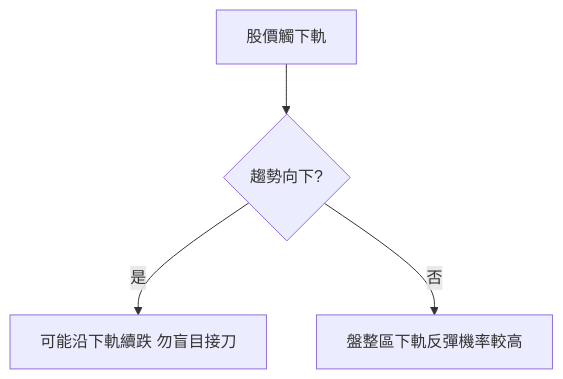
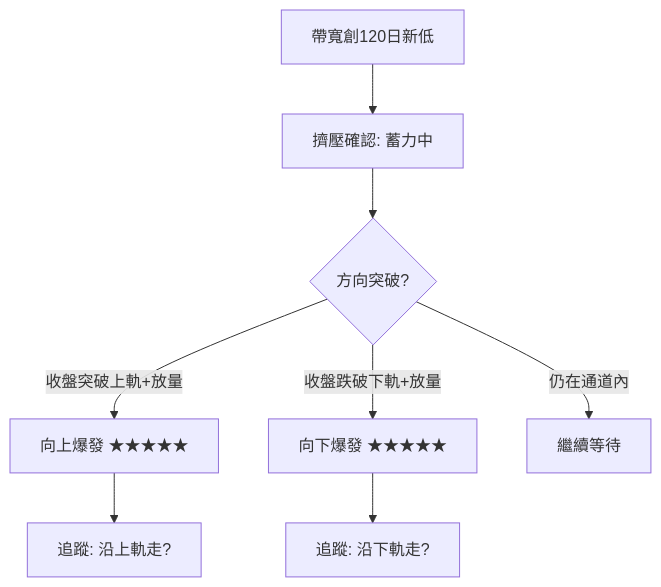
The first of 2 diagrams in docs/04-charts/bollinger.md (skymiku39/stock_school), drawn with Mermaid before and after one commit. The commit also changed other lines of this file and 35 other files, not shown here.

````diff
--- a/docs/04-charts/bollinger.md
+++ b/docs/04-charts/bollinger.md
@@ -33,6 +77,10 @@
 ```mermaid
 flowchart TD
-    A[股價觸下軌] --> B{趨勢向下?}
-    B -->|是| C[可能沿下軌續跌 勿盲目接刀]
-    B -->|否| D[盤整區下軌反彈機率較高]
+    A[帶寬創120日新低] --> B[擠壓確認: 蓄力中]
+    B --> C{方向突破?}
+    C -->|收盤突破上軌+放量| D[向上爆發 ★★★★★]
+    C -->|收盤跌破下軌+放量| E[向下爆發 ★★★★★]
+    C -->|仍在通道內| F[繼續等待]
+    D --> G[追蹤: 沿上軌走?]
+    E --> H[追蹤: 沿下軌走?]
 ```
````
